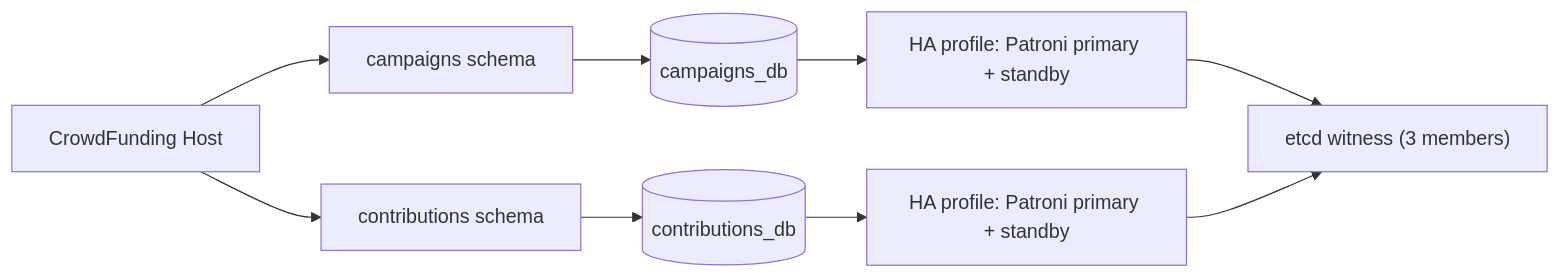
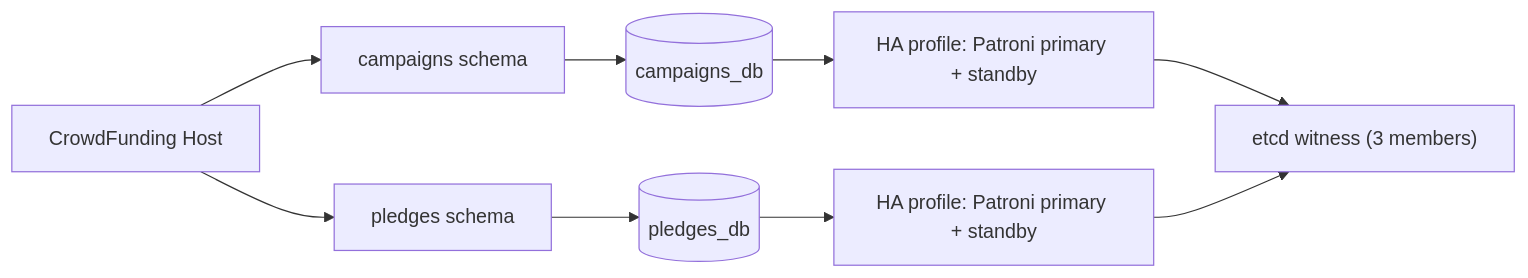
The ninth of 12 diagrams in docs/ARCHITECTURE_AND_LIBRARIES.md (maysamgamini/crowdfundinghub), drawn with Mermaid before and after one commit. The commit also changed other lines of this file and 571 other files, not shown here.

````diff
--- a/docs/ARCHITECTURE_AND_LIBRARIES.md
+++ b/docs/ARCHITECTURE_AND_LIBRARIES.md
@@ -452,11 +452,11 @@
 ```mermaid
 flowchart LR
     API["CrowdFunding Host"] --> M1["campaigns schema"]
-    API --> M2["contributions schema"]
+    API --> M2["pledges schema"]
     M1 --> D1[("campaigns_db")]
-    M2 --> D2[("contributions_db")]
+    M2 --> D2[("pledges_db")]
     D1 --> P1["HA profile: Patroni primary + standby"]
     D2 --> P2["HA profile: Patroni primary + standby"]
     P1 --> E["etcd witness (3 members)"]
     P2 --> E
 ```
````
